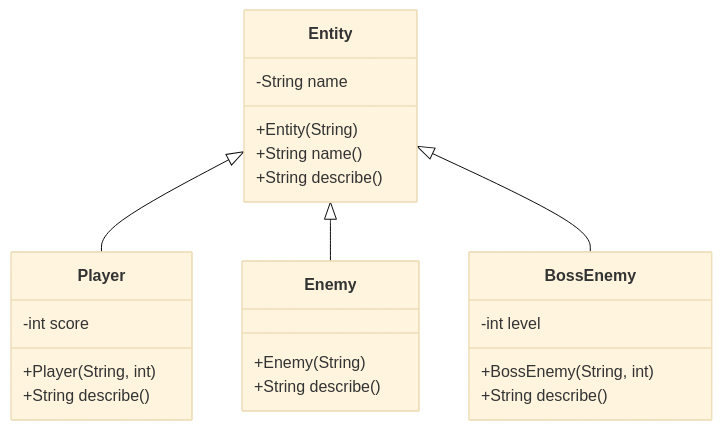
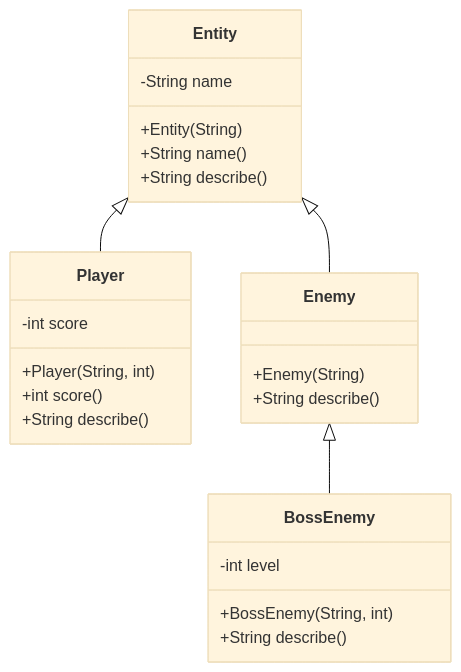
One commit to nmcguinness/L8-OOP-Module-Content changed the first of 2 diagrams in notes/topics/t08_inheritance/t08_inheritance_notes.md. Above: the diagram before and after it, drawn with Mermaid (base theme). The commit also changed other lines of this file and 421 other files, not shown here.

Commit message:
Updated mermaid diagrams and note layout for topics 9-24.

````diff
--- a/notes/topics/t08_inheritance/t08_inheritance_notes.md
+++ b/notes/topics/t08_inheritance/t08_inheritance_notes.md
@@ -649,32 +986,33 @@
 ```mermaid
 classDiagram
     accTitle: Entity inheritance hierarchy
-    accDescr: Entity is the base class holding a name and a describe method. Player and Enemy each extend Entity, add their own fields, and override describe with their own implementation.
+    accDescr: Entity is the base class holding a name and a describe method. Player and Enemy each extend Entity and override describe. BossEnemy extends Enemy, adds a level, and overrides describe again.
     class Entity {
         -String name
         +Entity(String)
         +String name()
         +String describe()
     }
 
     class Player {
         -int score
         +Player(String, int)
+        +int score()
         +String describe()
     }
 
     class Enemy {
         +Enemy(String)
         +String describe()
     }
 
     class BossEnemy {
         -int level
         +BossEnemy(String, int)
         +String describe()
     }
 
     Entity <|-- Player
     Entity <|-- Enemy
-    Entity <|-- BossEnemy
+    Enemy <|-- BossEnemy
 ```
````
